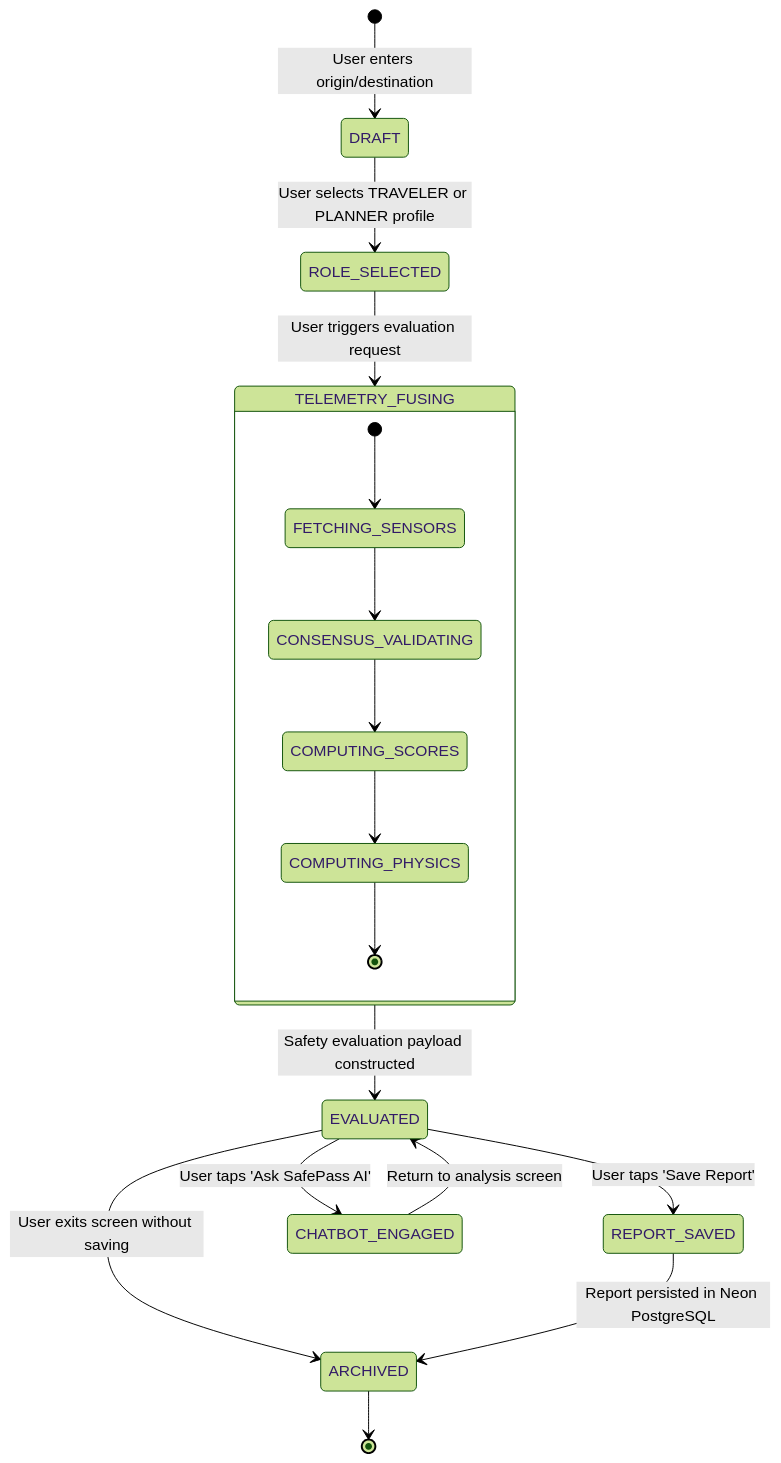
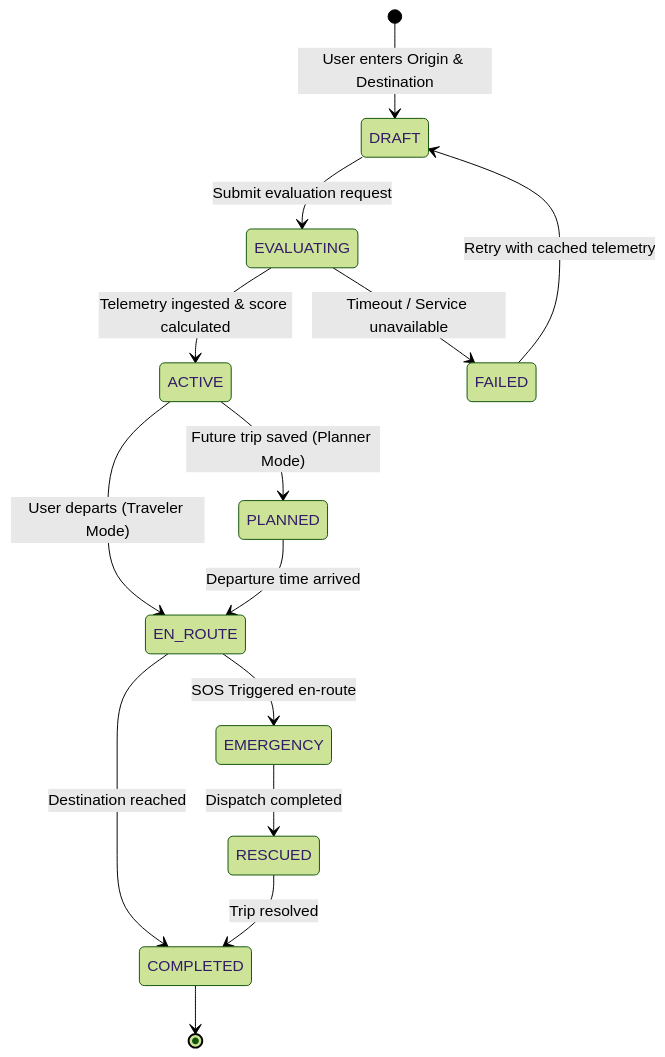
Before and after one commit to daredevil2304/traveladvisory: diagram 12 of 15 in MUMBAI_PUNE_TRAVEL_INTELLIGENCE_MASTER_REPORT.md, drawn with Mermaid (forest theme). The commit also changed other lines of this file and 1 other file, not shown here.

Commit message:
docs: publish 10/10 Master Engineering Report & System Architecture Manual (Expanded Edition)

````diff
--- a/MUMBAI_PUNE_TRAVEL_INTELLIGENCE_MASTER_REPORT.md
+++ b/MUMBAI_PUNE_TRAVEL_INTELLIGENCE_MASTER_REPORT.md
@@ -573,24 +623,16 @@
 ```mermaid
 stateDiagram-v2
-    [*] --> DRAFT : User enters origin/destination
-    DRAFT --> ROLE_SELECTED : User selects TRAVELER or PLANNER profile
-    ROLE_SELECTED --> TELEMETRY_FUSING : User triggers evaluation request
-    
-    state TELEMETRY_FUSING {
-        [*] --> FETCHING_SENSORS
-        FETCHING_SENSORS --> CONSENSUS_VALIDATING
-        CONSENSUS_VALIDATING --> COMPUTING_SCORES
-        COMPUTING_SCORES --> COMPUTING_PHYSICS
-        COMPUTING_PHYSICS --> [*]
-    }
-    
-    TELEMETRY_FUSING --> EVALUATED : Safety evaluation payload constructed
-    
-    EVALUATED --> REPORT_SAVED : User taps 'Save Report'
-    EVALUATED --> CHATBOT_ENGAGED : User taps 'Ask SafePass AI'
-    EVALUATED --> ARCHIVED : User exits screen without saving
-    
-    REPORT_SAVED --> ARCHIVED : Report persisted in Neon PostgreSQL
-    CHATBOT_ENGAGED --> EVALUATED : Return to analysis screen
-    ARCHIVED --> [*]
+    [*] --> DRAFT : User enters Origin & Destination
+    DRAFT --> EVALUATING : Submit evaluation request
+    EVALUATING --> ACTIVE : Telemetry ingested & score calculated
+    EVALUATING --> FAILED : Timeout / Service unavailable
+    FAILED --> DRAFT : Retry with cached telemetry
+    ACTIVE --> EN_ROUTE : User departs (Traveler Mode)
+    ACTIVE --> PLANNED : Future trip saved (Planner Mode)
+    EN_ROUTE --> COMPLETED : Destination reached
+    EN_ROUTE --> EMERGENCY : SOS Triggered en-route
+    EMERGENCY --> RESCUED : Dispatch completed
+    RESCUED --> COMPLETED : Trip resolved
+    PLANNED --> EN_ROUTE : Departure time arrived
+    COMPLETED --> [*]
 ```
````
